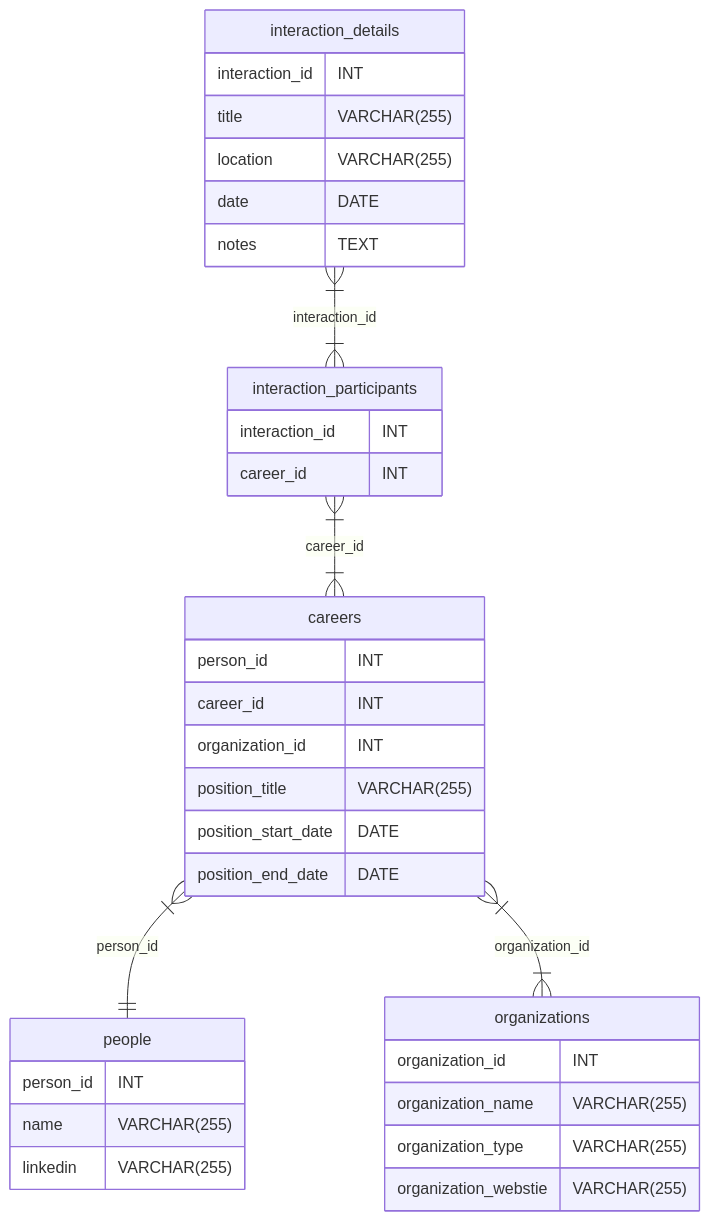
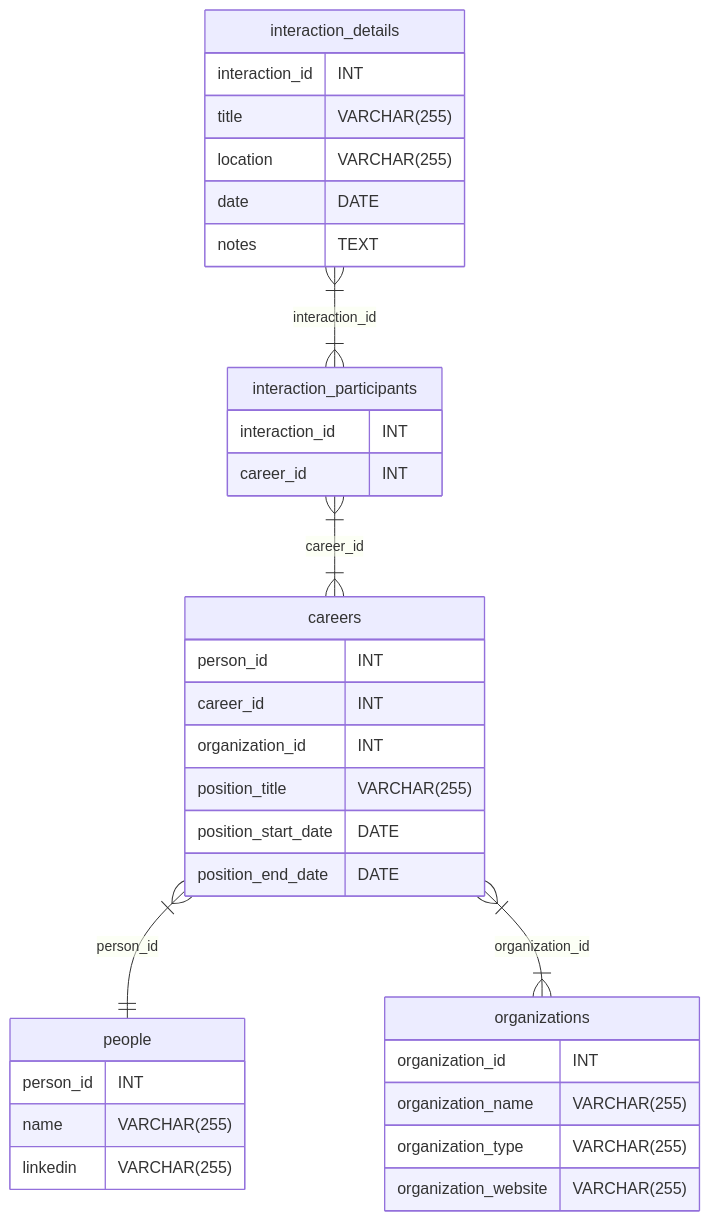
One commit to the-coding-coco/networking-tracker changed the diagram in database-schema.md. Above: the diagram before and after it, drawn with Mermaid.

````diff
--- a/database-schema.md
+++ b/database-schema.md
@@ -1,38 +1,38 @@
 ```mermaid
 erDiagram
     interaction_details {
         interaction_id INT
         title VARCHAR(255)
         location VARCHAR(255)
         date DATE
         notes TEXT
     }
     interaction_participants {
         interaction_id INT
         career_id INT
     }
     careers {
         person_id INT
         career_id INT
         organization_id INT
         position_title VARCHAR(255)
         position_start_date DATE
         position_end_date DATE
     }
     people {
         person_id INT
         name VARCHAR(255)
         linkedin VARCHAR(255)
     }
     organizations {
         organization_id INT
         organization_name VARCHAR(255)
         organization_type VARCHAR(255)
-        organization_webstie VARCHAR(255)
+        organization_website VARCHAR(255)
     }
 
-    interaction_details }|--|{ interaction_participants : interaction_id
-    interaction_participants }|--|{ careers : career_id
-    careers }|--|| people : person_id
-    careers }|--|{ organizations : organization_id
+    interaction_details }|--|{ interaction_participants : "interaction_id"
+    interaction_participants }|--|{ careers : "career_id"
+    careers }|--|| people : "person_id"
+    careers }|--|{ organizations : "organization_id"
 ```
````
